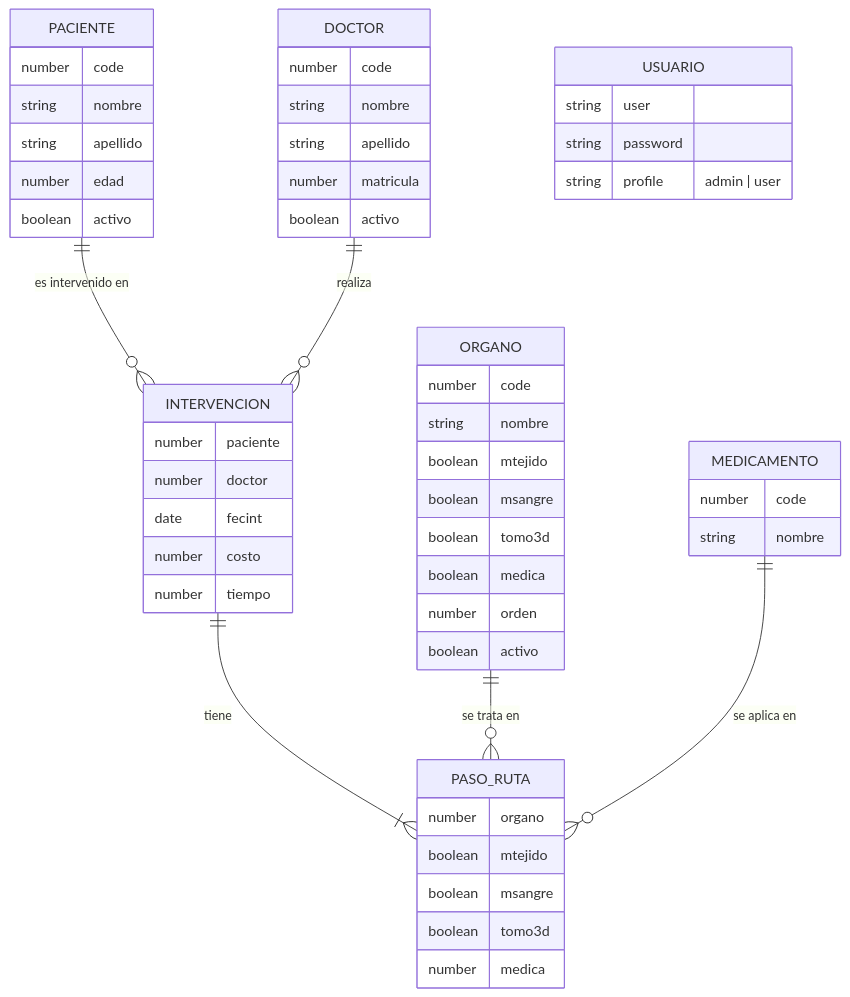
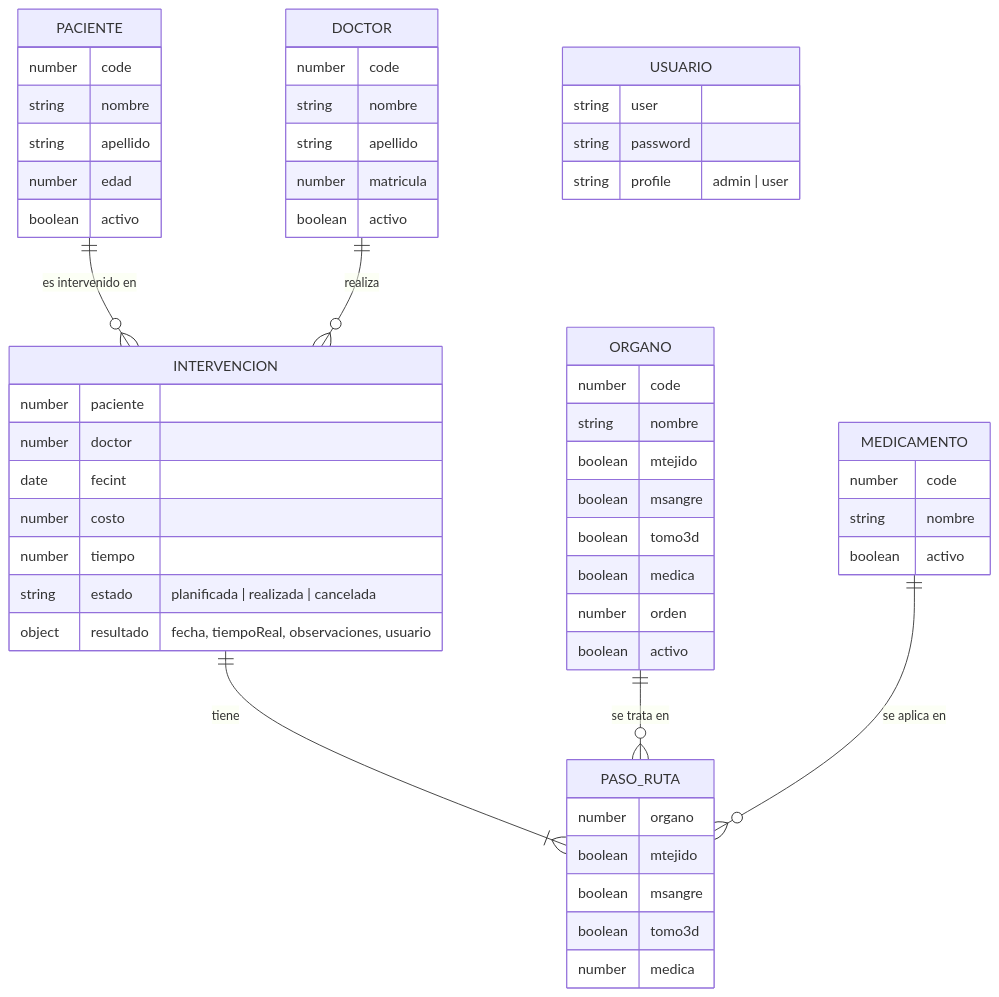
The diagram in docs/proposal.md (rosariomolinas/BackEnd), drawn with Mermaid before and after one commit. The commit also changed other lines of this file and 38 other files, not shown here.

````diff
--- a/docs/proposal.md
+++ b/docs/proposal.md
@@ -18,55 +18,58 @@
 ```mermaid
 erDiagram
     PACIENTE ||--o{ INTERVENCION : "es intervenido en"
     DOCTOR ||--o{ INTERVENCION : "realiza"
     INTERVENCION ||--|{ PASO_RUTA : "tiene"
     ORGANO ||--o{ PASO_RUTA : "se trata en"
     MEDICAMENTO ||--o{ PASO_RUTA : "se aplica en"
     USUARIO {
         string user
         string password
         string profile "admin | user"
     }
     PACIENTE {
         number code
         string nombre
         string apellido
         number edad
         boolean activo
     }
     DOCTOR {
         number code
         string nombre
         string apellido
         number matricula
         boolean activo
     }
     ORGANO {
         number code
         string nombre
         boolean mtejido
         boolean msangre
         boolean tomo3d
         boolean medica
         number orden
         boolean activo
     }
     MEDICAMENTO {
         number code
         string nombre
+        boolean activo
     }
     INTERVENCION {
         number paciente
         number doctor
         date fecint
         number costo
         number tiempo
+        string estado "planificada | realizada | cancelada"
+        object resultado "fecha, tiempoReal, observaciones, usuario"
     }
     PASO_RUTA {
         number organo
         boolean mtejido
         boolean msangre
         boolean tomo3d
         number medica
     }
 ```
````
